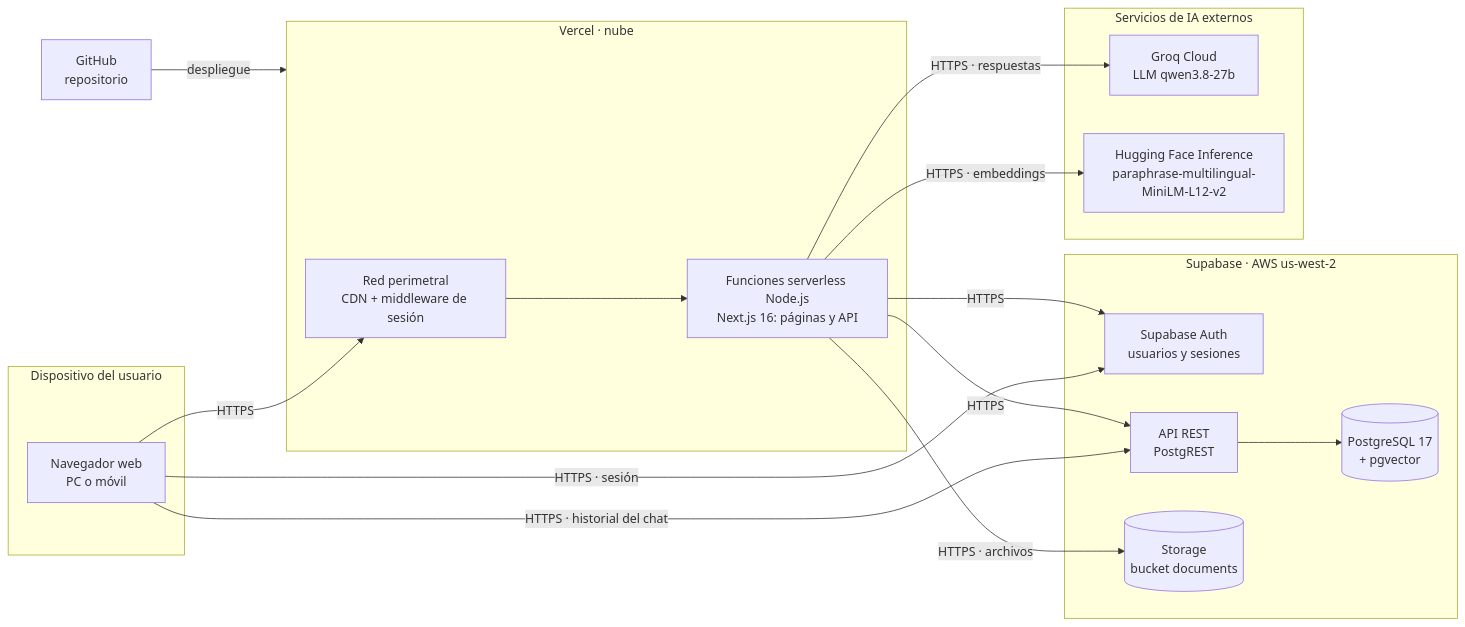
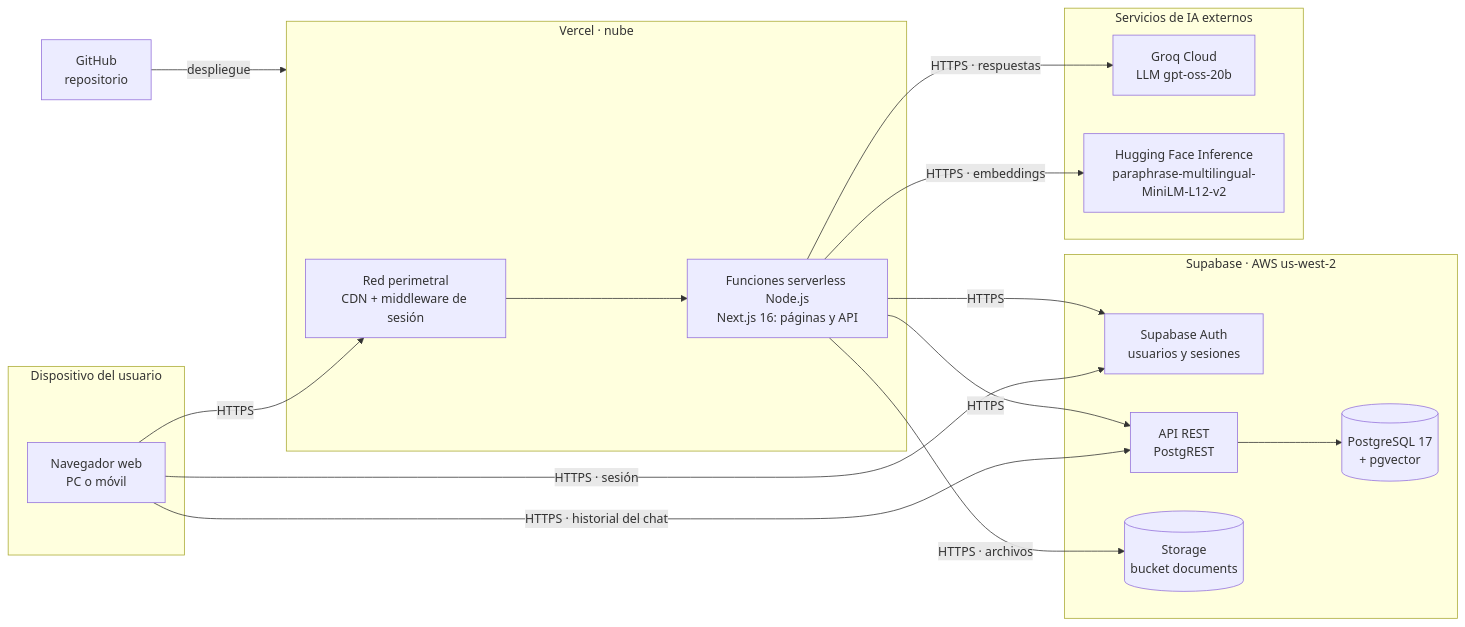
One commit to Leoncarloos/CyberChat changed the diagram in docs/arquitectura-fisica.md. Above: the diagram before and after it, drawn with Mermaid. The commit also changed 15 other files, not shown here.

First line of the commit message:
feat: cambiar el LLM a openai/gpt-oss-20b con reasoning_effort low

````diff
--- a/docs/arquitectura-fisica.md
+++ b/docs/arquitectura-fisica.md
@@ -6,37 +6,37 @@
 ```mermaid
 flowchart LR
     subgraph CLIENTE["Dispositivo del usuario"]
         NAV["Navegador web<br/>PC o móvil"]
     end
 
     subgraph VERCEL["Vercel · nube"]
         CDN["Red perimetral<br/>CDN + middleware de sesión"]
         FN["Funciones serverless Node.js<br/>Next.js 16: páginas y API"]
     end
 
     subgraph SUPA["Supabase · AWS us-west-2"]
         AUTH["Supabase Auth<br/>usuarios y sesiones"]
         API["API REST<br/>PostgREST"]
         DB[("PostgreSQL 17<br/>+ pgvector")]
         ST[("Storage<br/>bucket documents")]
     end
 
     subgraph IA["Servicios de IA externos"]
-        GROQ["Groq Cloud<br/>LLM qwen3.8-27b"]
+        GROQ["Groq Cloud<br/>LLM gpt-oss-20b"]
         HF["Hugging Face Inference<br/>paraphrase-multilingual-MiniLM-L12-v2"]
     end
 
     GH["GitHub<br/>repositorio"]
 
     NAV -- "HTTPS" --> CDN
     CDN --> FN
     NAV -- "HTTPS · sesión" --> AUTH
     NAV -- "HTTPS · historial del chat" --> API
     FN -- "HTTPS" --> AUTH
     FN -- "HTTPS" --> API
     API --> DB
     FN -- "HTTPS · archivos" --> ST
     FN -- "HTTPS · respuestas" --> GROQ
     FN -- "HTTPS · embeddings" --> HF
     GH -- "despliegue" --> VERCEL
 ```
````
